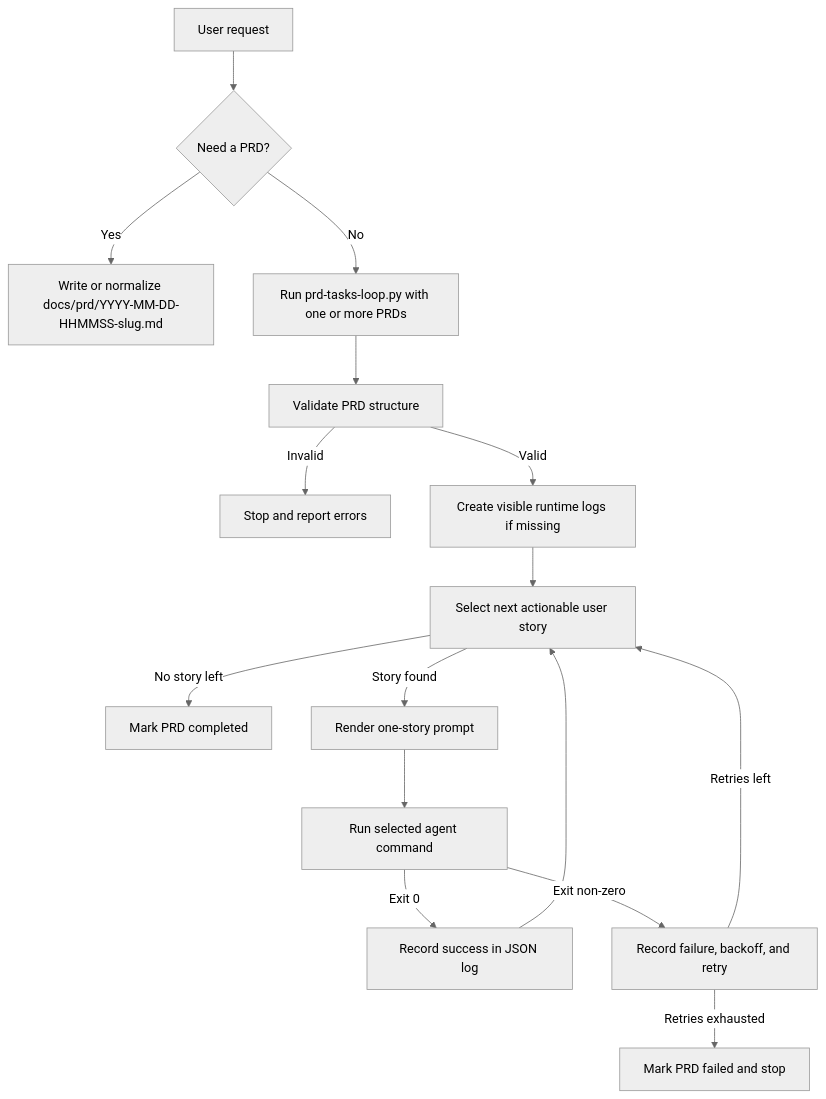
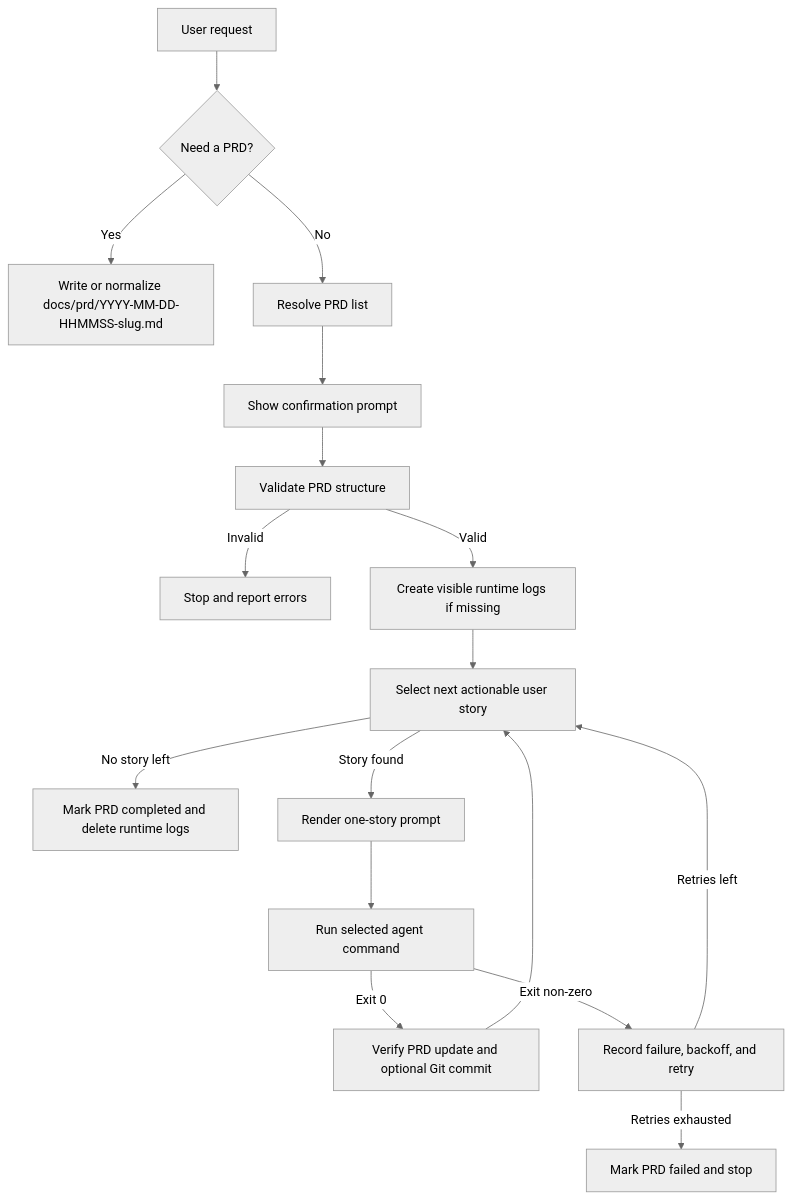
Before and after one commit to evaisse/prd-tasks-loop-skill: the diagram in prd-tasks-loop/references/WORKFLOW.md, drawn with Mermaid (neutral theme). The commit also changed other lines of this file and 6 other files, not shown here.

````diff
--- a/prd-tasks-loop/references/WORKFLOW.md
+++ b/prd-tasks-loop/references/WORKFLOW.md
@@ -7,18 +7,19 @@
 ```mermaid
 flowchart TD
     A[User request] --> B{Need a PRD?}
     B -->|Yes| C[Write or normalize docs/prd/YYYY-MM-DD-HHMMSS-slug.md]
-    B -->|No| D[Run prd-tasks-loop.py with one or more PRDs]
-    D --> E[Validate PRD structure]
-    E -->|Invalid| F[Stop and report errors]
-    E -->|Valid| G[Create visible runtime logs if missing]
-    G --> H[Select next actionable user story]
-    H -->|No story left| I[Mark PRD completed]
-    H -->|Story found| J[Render one-story prompt]
-    J --> K[Run selected agent command]
-    K -->|Exit 0| L[Record success in JSON log]
-    K -->|Exit non-zero| M[Record failure, backoff, and retry]
-    L --> H
-    M -->|Retries left| H
-    M -->|Retries exhausted| N[Mark PRD failed and stop]
+    B -->|No| D[Resolve PRD list]
+    D --> E[Show confirmation prompt]
+    E --> F[Validate PRD structure]
+    F -->|Invalid| G[Stop and report errors]
+    F -->|Valid| H[Create visible runtime logs if missing]
+    H --> I[Select next actionable user story]
+    I -->|No story left| J[Mark PRD completed and delete runtime logs]
+    I -->|Story found| K[Render one-story prompt]
+    K --> L[Run selected agent command]
+    L -->|Exit 0| M[Verify PRD update and optional Git commit]
+    L -->|Exit non-zero| N[Record failure, backoff, and retry]
+    M --> I
+    N -->|Retries left| I
+    N -->|Retries exhausted| O[Mark PRD failed and stop]
 ```
````
